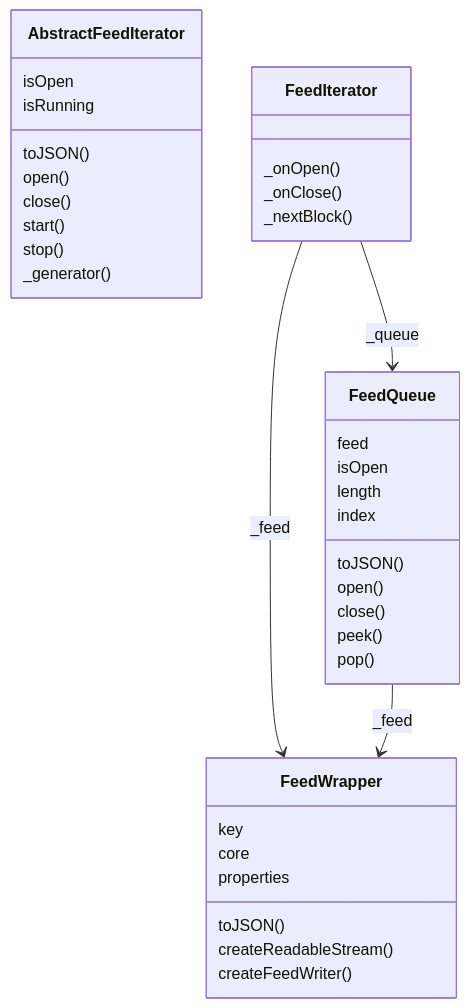
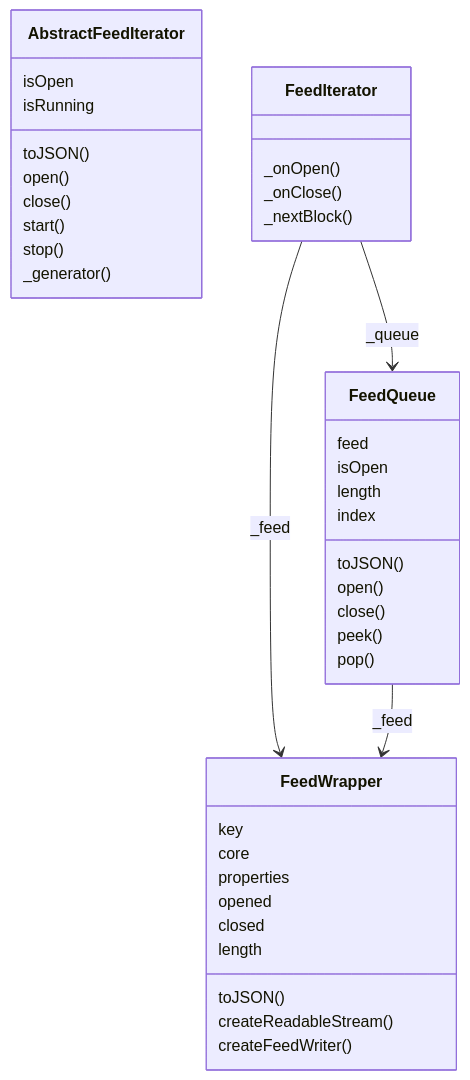
Before and after one commit to dxos/dxos: the second of 3 diagrams in packages/common/feed-store/docs/README.md, drawn with Mermaid. The commit also changed other lines of this file and 41 other files, not shown here.

````diff
--- a/packages/common/feed-store/docs/README.md
+++ b/packages/common/feed-store/docs/README.md
@@ -37,42 +40,45 @@
 ```mermaid
 classDiagram
 direction TB
 
 class AbstractFeedIterator {
   isOpen
   isRunning
   toJSON()
   open()
   close()
   start()
   stop()
   _generator()
 }
 class FeedIterator {
   _onOpen()
   _onClose()
   _nextBlock()
 }
 FeedIterator --> FeedQueue : _queue
 FeedIterator --> FeedWrapper : _feed
 class FeedQueue {
   feed
   isOpen
   length
   index
   toJSON()
   open()
   close()
   peek()
   pop()
 }
 FeedQueue --> FeedWrapper : _feed
 class FeedWrapper {
   key
   core
   properties
+  opened
+  closed
+  length
   toJSON()
   createReadableStream()
   createFeedWriter()
 }
 ```
````
